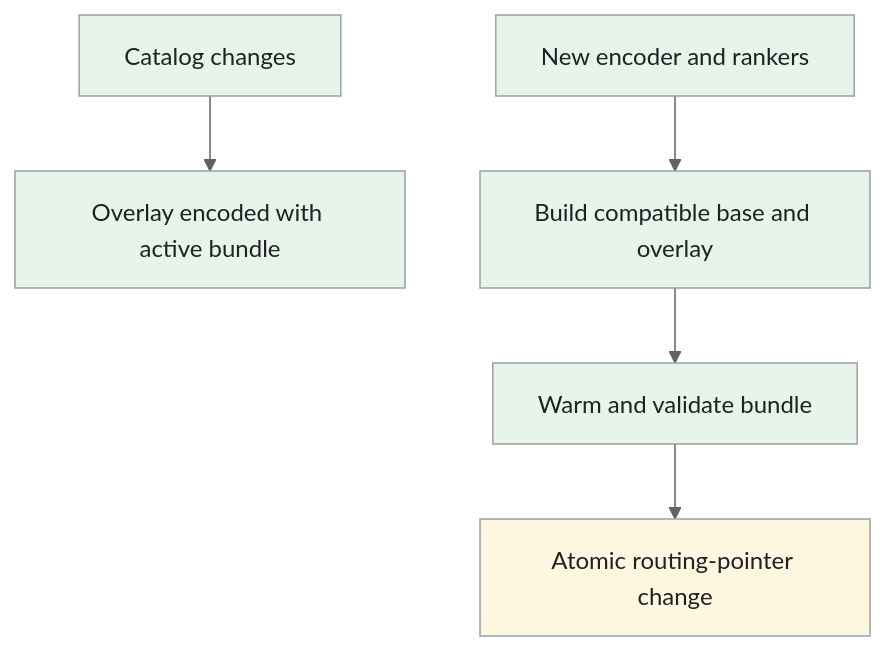
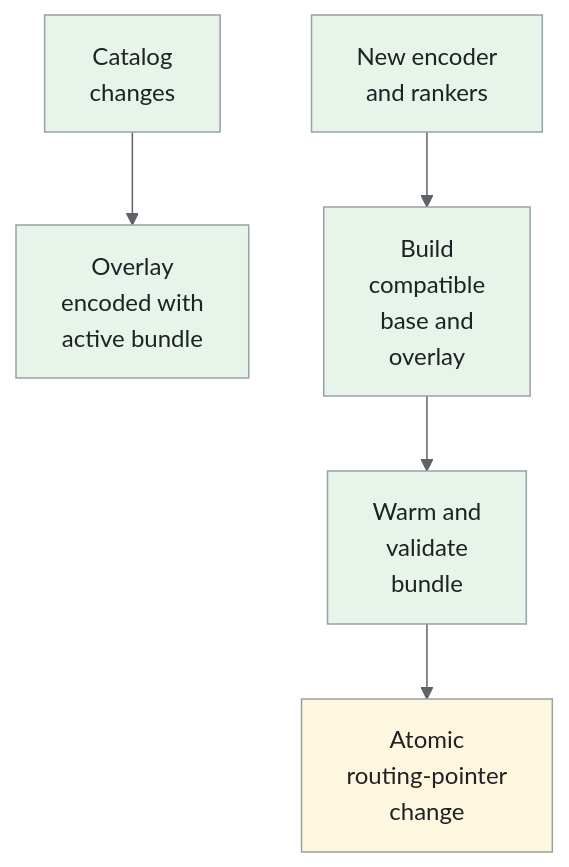
Before and after one commit to iliazlobin/iliazlobin.github.io: the fifth of 6 diagrams in _designs/product-recommendations.md, drawn with Mermaid. The commit also changed other lines of this file and 116 other files, not shown here.

````diff
--- a/_designs/product-recommendations.md
+++ b/_designs/product-recommendations.md
@@ -325,14 +330,14 @@
 ```mermaid
 %%{init: {'theme':'base','themeVariables':{'primaryColor':'#e8f0fe','primaryTextColor':'#202124','primaryBorderColor':'#9aa0a6','lineColor':'#5f6368','secondaryColor':'#e6f4ea','tertiaryColor':'#fef7e0','actorBkg':'#e8f0fe','actorBorder':'#9aa0a6','actorTextColor':'#202124','noteBkgColor':'#fef7e0','noteTextColor':'#202124','noteBorderColor':'#9aa0a6','signalColor':'#5f6368','signalTextColor':'#202124','labelBoxBkgColor':'#fef7e0','labelBoxBorderColor':'#9aa0a6'}}}%%
 flowchart TB
-    C["Catalog changes"] --> O["Overlay encoded with active bundle"]
-    B["New encoder and rankers"] --> I["Build compatible base and overlay"]
-    I --> V["Warm and validate bundle"]
-    V --> R["Atomic routing-pointer change"]
+    C["Catalog<br>changes"] --> O["Overlay<br>encoded with<br>active bundle"]
+    B["New encoder<br>and rankers"] --> I["Build<br>compatible<br>base and<br>overlay"]
+    I --> V["Warm and<br>validate<br>bundle"]
+    V --> R["Atomic<br>routing-pointer<br>change"]
 classDef request fill:#e8f0fe,stroke:#9aa0a6,color:#202124;
 classDef data fill:#e6f4ea,stroke:#9aa0a6,color:#202124;
 classDef control fill:#fef7e0,stroke:#9aa0a6,color:#202124;
 class C,O,B,I,V data;
 class R control;
 
 ```
````
